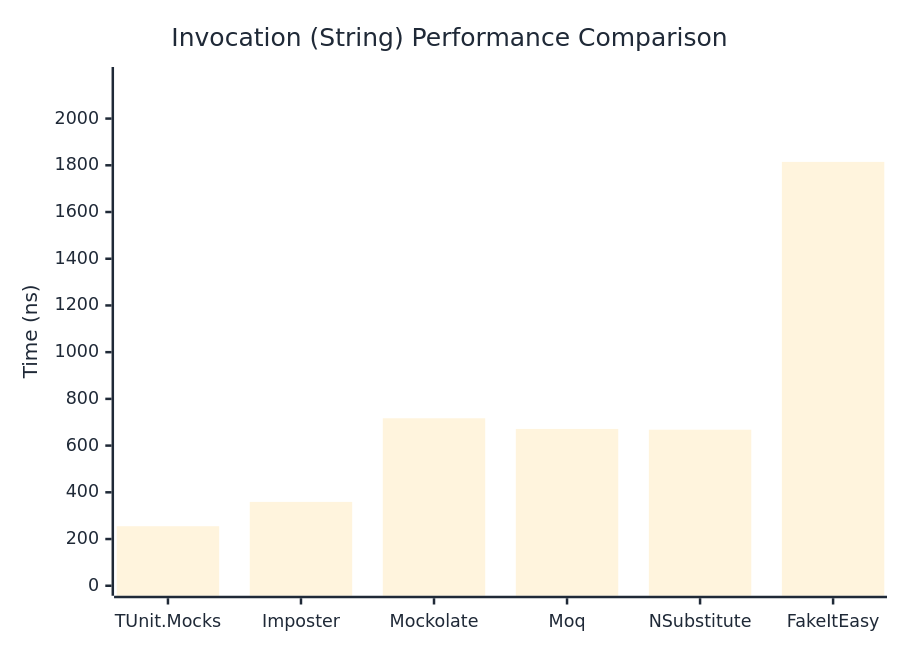
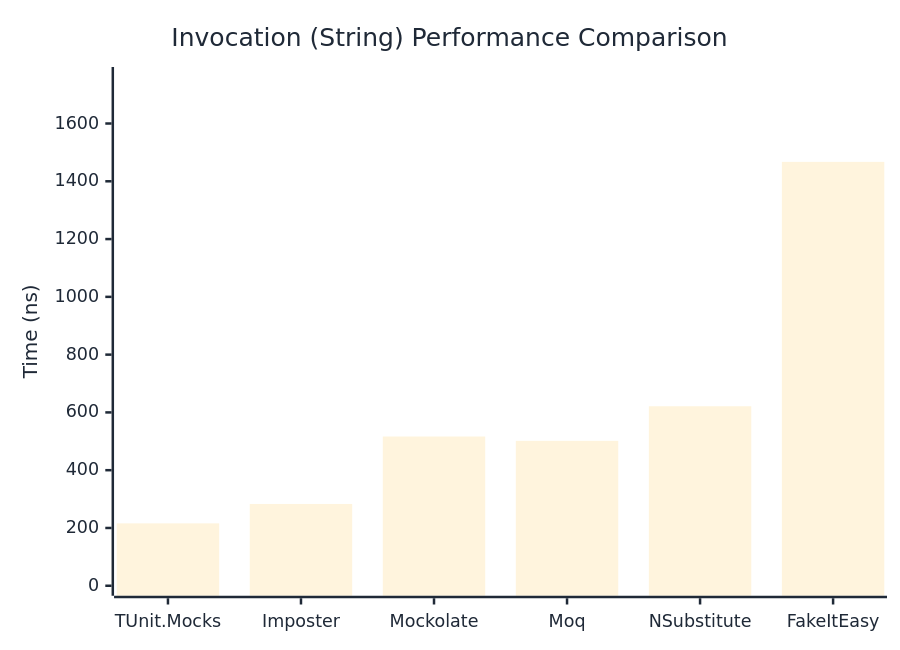
Before and after one commit to thomhurst/TUnit: the second of 3 diagrams in docs/docs/benchmarks/mocks/Invocation.md, drawn with Mermaid. The commit also changed other lines of this file and 14 other files, not shown here.

````diff
--- a/docs/docs/benchmarks/mocks/Invocation.md
+++ b/docs/docs/benchmarks/mocks/Invocation.md
@@ -69,27 +69,27 @@
 ```mermaid
 %%{init: {
   'theme':'base',
   'themeVariables': {
     'primaryColor': '#2563eb',
     'primaryTextColor': '#1f2937',
     'primaryBorderColor': '#1e40af',
     'lineColor': '#6b7280',
     'secondaryColor': '#7c3aed',
     'tertiaryColor': '#dc2626',
     'background': '#ffffff',
     'pie1': '#2563eb',
     'pie2': '#7c3aed',
     'pie3': '#dc2626',
     'pie4': '#f59e0b',
     'pie5': '#10b981',
     'pie6': '#06b6d4',
     'pie7': '#ec4899',
     'pie8': '#6366f1'
   }
 }}%%
 xychart-beta
   title "Invocation (String) Performance Comparison"
   x-axis ["TUnit.Mocks", "Imposter", "Mockolate", "Moq", "NSubstitute", "FakeItEasy"]
-  y-axis "Time (ns)" 0 --> 2178
-  bar [254.9, 358.9, 717, 671.4, 668.1, 1814.5]
+  y-axis "Time (ns)" 0 --> 1761
+  bar [216, 283.1, 516.6, 501.6, 621.3, 1467.2]
 ```
````
